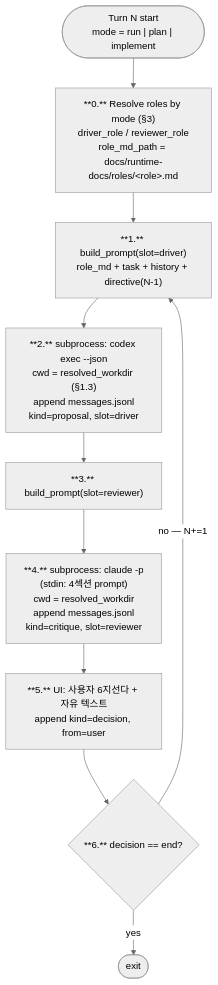
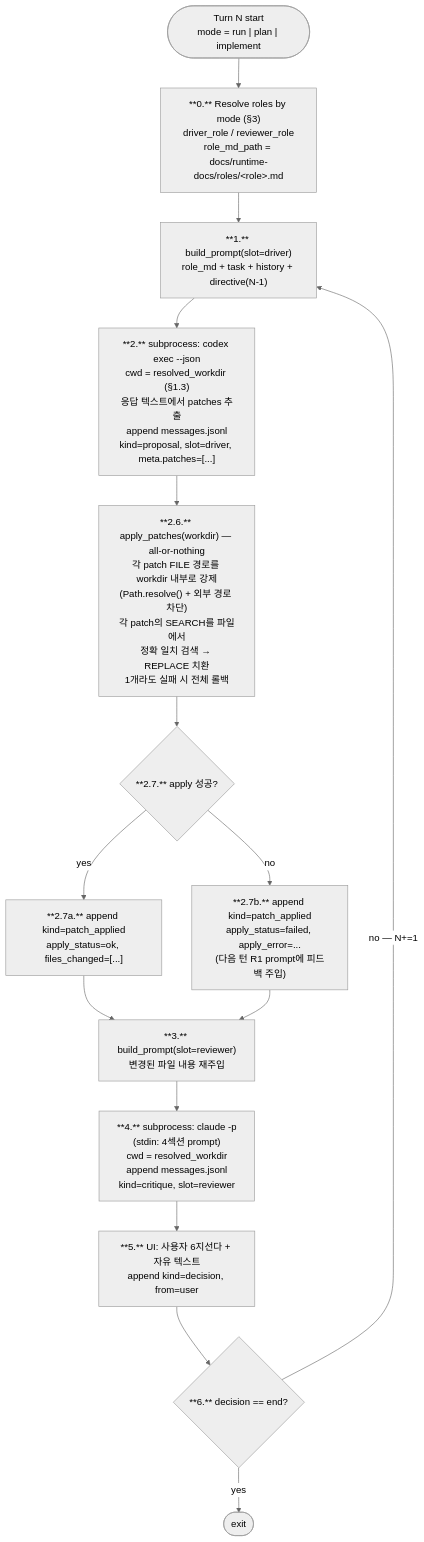
The third of 3 diagrams in docs/runtime-docs/protocol.md (shinjw4929/Dialectic-CLI), drawn with Mermaid (neutral theme) before and after one commit. The commit also changed other lines of this file and 6 other files, not shown here.

````diff
--- a/docs/runtime-docs/protocol.md
+++ b/docs/runtime-docs/protocol.md
@@ -218,16 +226,23 @@
 ```mermaid
 flowchart TD
     Start(["Turn N start<br/>mode = run | plan | implement"])
     R0["**0.** Resolve roles by mode (§3)<br/>driver_role / reviewer_role<br/>role_md_path = docs/runtime-docs/roles/&lt;role&gt;.md"]
     R1["**1.** build_prompt(slot=driver)<br/>role_md + task + history + directive(N-1)"]
-    R2["**2.** subprocess: codex exec --json<br/>cwd = resolved_workdir (§1.3)<br/>append messages.jsonl<br/>kind=proposal, slot=driver"]
-    R3["**3.** build_prompt(slot=reviewer)"]
+    R2["**2.** subprocess: codex exec --json<br/>cwd = resolved_workdir (§1.3)<br/>응답 텍스트에서 patches 추출<br/>append messages.jsonl<br/>kind=proposal, slot=driver, meta.patches=[...]"]
+    R2_6["**2.6.** apply_patches(workdir) — all-or-nothing<br/>각 patch FILE 경로를 workdir 내부로 강제<br/>(Path.resolve() + 외부 경로 차단)<br/>각 patch의 SEARCH를 파일에서<br/>정확 일치 검색 → REPLACE 치환<br/>1개라도 실패 시 전체 롤백"]
+    R2_7{"**2.7.** apply 성공?"}
+    R2_7a["**2.7a.** append kind=patch_applied<br/>apply_status=ok, files_changed=[...]"]
+    R2_7b["**2.7b.** append kind=patch_applied<br/>apply_status=failed, apply_error=...<br/>(다음 턴 R1 prompt에 피드백 주입)"]
+    R3["**3.** build_prompt(slot=reviewer)<br/>변경된 파일 내용 재주입"]
     R4["**4.** subprocess: claude -p<br/>(stdin: 4섹션 prompt)<br/>cwd = resolved_workdir<br/>append messages.jsonl<br/>kind=critique, slot=reviewer"]
     R5["**5.** UI: 사용자 6지선다 + 자유 텍스트<br/>append kind=decision, from=user"]
     R6{"**6.** decision == end?"}
     Exit([exit])
 
-    Start --> R0 --> R1 --> R2 --> R3 --> R4 --> R5 --> R6
+    Start --> R0 --> R1 --> R2 --> R2_6 --> R2_7
+    R2_7 -- yes --> R2_7a --> R3
+    R2_7 -- no --> R2_7b --> R3
+    R3 --> R4 --> R5 --> R6
     R6 -- yes --> Exit
     R6 -- "no — N+=1" --> R1
 ```
````
